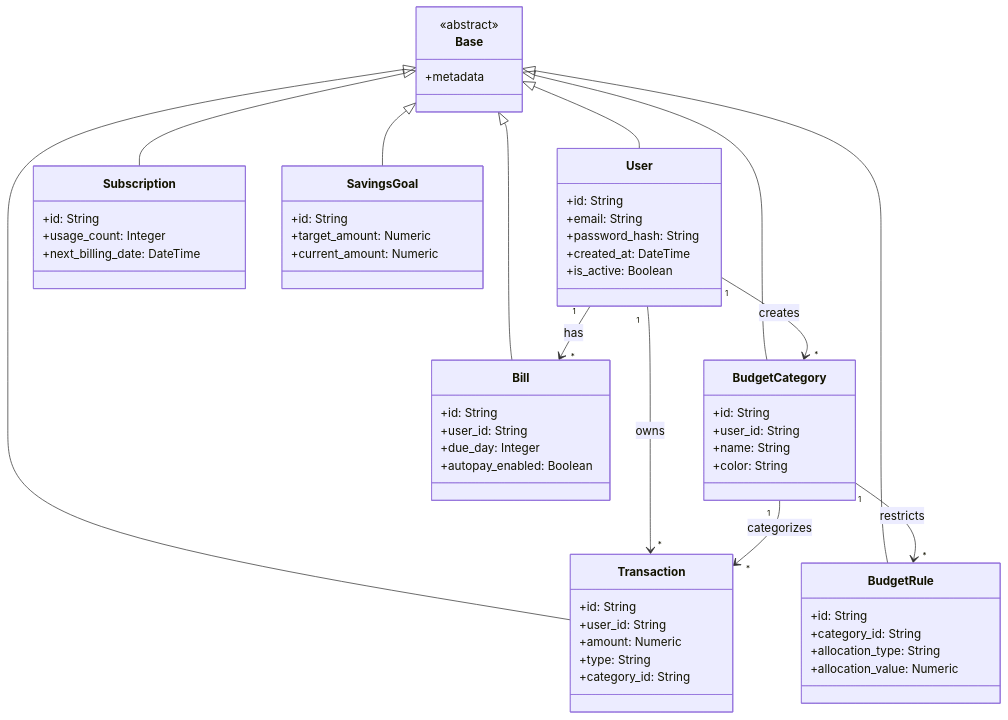
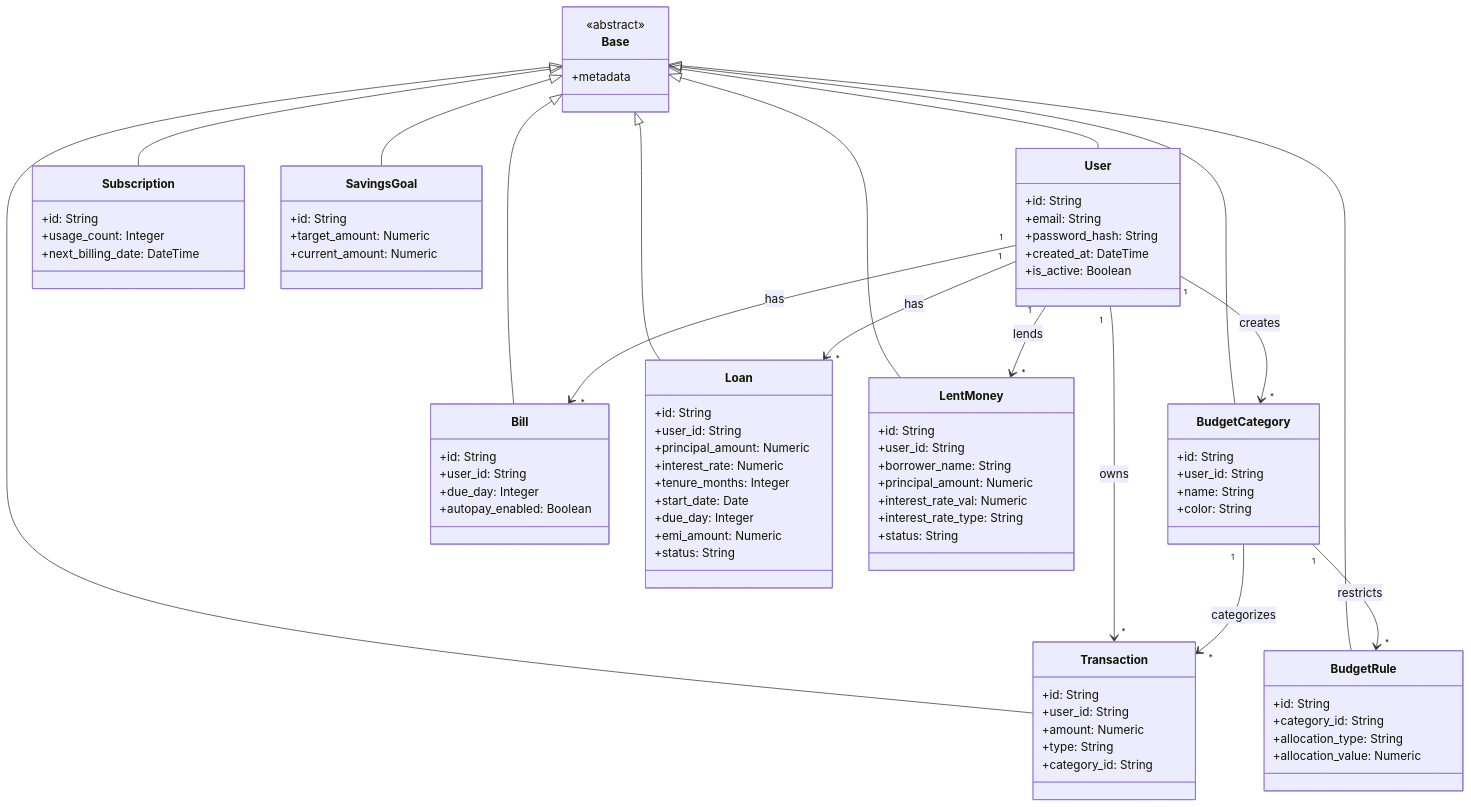
The diagram in docs/Chapter_05_SQLAlchemy_Models.md (SatyaTejaChukka/wealth_sync), drawn with Mermaid before and after one commit. The commit also changed other lines of this file and 5 other files, not shown here.

Commit message:
Update system architecture docs and project README with active loans, P2P lent tracker, calendar features, and updated directory structure

````diff
--- a/docs/Chapter_05_SQLAlchemy_Models.md
+++ b/docs/Chapter_05_SQLAlchemy_Models.md
@@ -74,6 +74,28 @@
         +current_amount: Numeric
     }
 
+    class Loan {
+        +id: String
+        +user_id: String
+        +principal_amount: Numeric
+        +interest_rate: Numeric
+        +tenure_months: Integer
+        +start_date: Date
+        +due_day: Integer
+        +emi_amount: Numeric
+        +status: String
+    }
+
+    class LentMoney {
+        +id: String
+        +user_id: String
+        +borrower_name: String
+        +principal_amount: Numeric
+        +interest_rate_val: Numeric
+        +interest_rate_type: String
+        +status: String
+    }
+
     Base <|-- User
     Base <|-- Transaction
     Base <|-- BudgetCategory
@@ -81,10 +103,14 @@
     Base <|-- Bill
     Base <|-- Subscription
     Base <|-- SavingsGoal
+    Base <|-- Loan
+    Base <|-- LentMoney
 
     User "1" --> "*" Transaction : owns
     User "1" --> "*" BudgetCategory : creates
     User "1" --> "*" Bill : has
+    User "1" --> "*" Loan : has
+    User "1" --> "*" LentMoney : lends
     BudgetCategory "1" --> "*" Transaction : categorizes
     BudgetCategory "1" --> "*" BudgetRule : restricts
 ```
````
